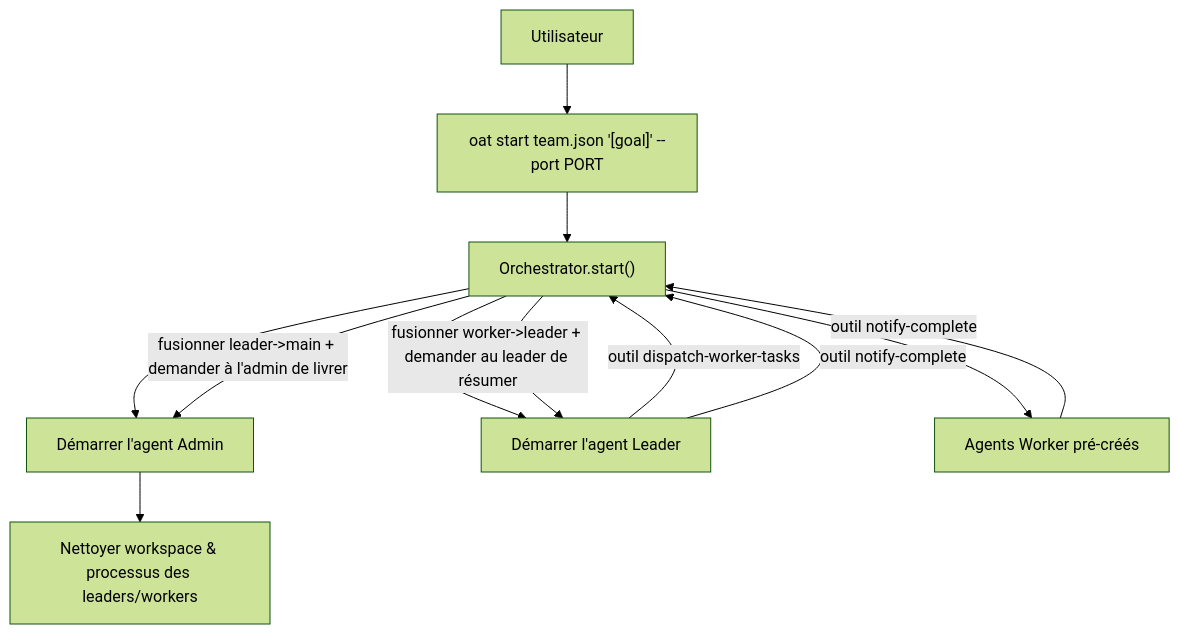
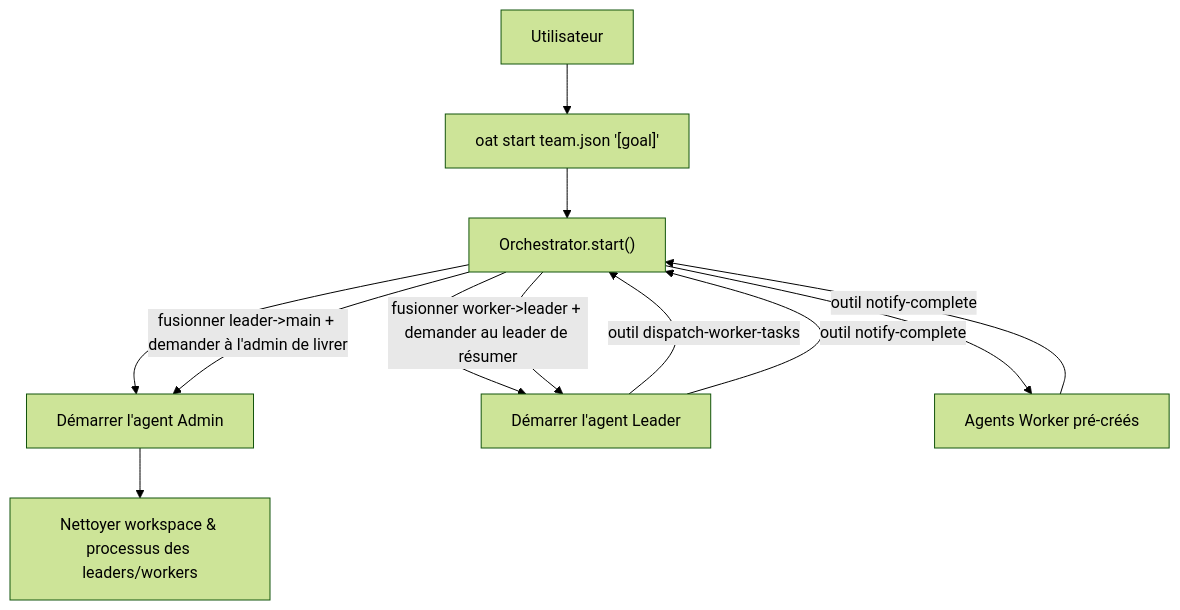
The diagram in docs/fr/architecture.md (HerbertHe/open-agent-team), drawn with Mermaid (forest theme) before and after one commit. The commit also changed other lines of this file and 25 other files, not shown here.

First line of the commit message:
feat(cli & docs): implement one-liner installation and interactive Quick Start UI

````diff
--- a/docs/fr/architecture.md
+++ b/docs/fr/architecture.md
@@ -98,14 +98,14 @@
 ```mermaid
 flowchart TD
-  U["Utilisateur"] --> CLI["oat start team.json '[goal]' --port PORT"]
+  U["Utilisateur"] --> CLI["oat start team.json '[goal]'"]
   CLI --> O["Orchestrator.start()"]
   O --> A["Démarrer l'agent Admin"]
   O --> L["Démarrer l'agent Leader"]
   L -->|"outil dispatch-worker-tasks"| O
   O --> W["Agents Worker pré-créés"]
   W -->|"outil notify-complete"| O
   O -->|"fusionner worker->leader + demander au leader de résumer"| L
   L -->|"outil notify-complete"| O
   O -->|"fusionner leader->main + demander à l'admin de livrer"| A
   A --> C["Nettoyer workspace & processus des leaders/workers"]
 ```
````
